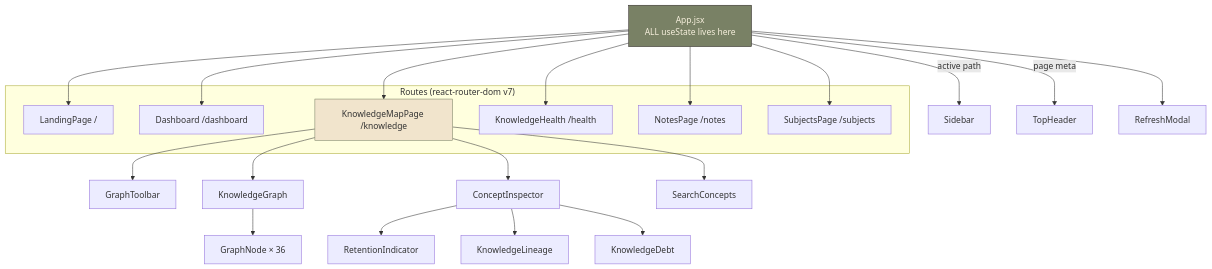
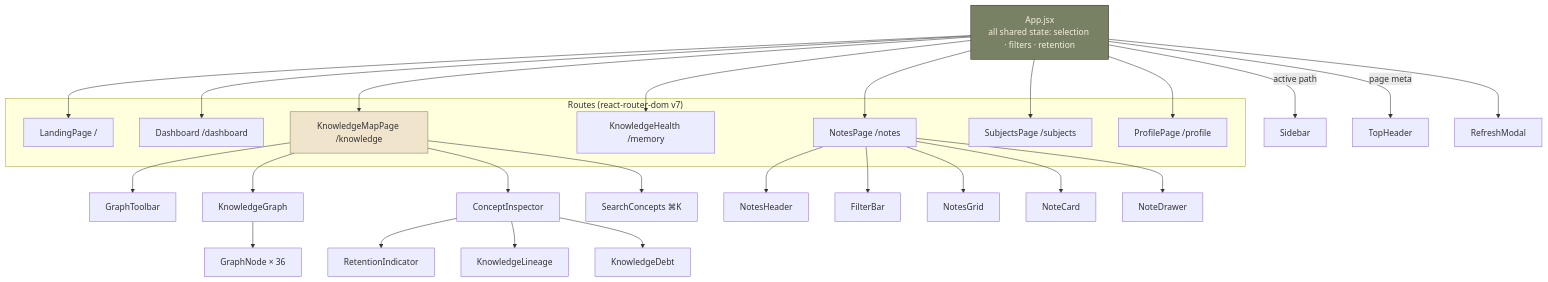
Before and after one commit to gilldilshaan/Retain360: the second of 3 diagrams in README.md, drawn with Mermaid. The commit also changed other lines of this file, not shown here.

Commit message:
Refresh README: notes library, graph interaction, per-page CSS, viva Q&A

````diff
--- a/README.md
+++ b/README.md
@@ -142,31 +147,33 @@
 ```mermaid
 graph TD
-    APP["App.jsx<br/>ALL useState lives here"]
+    APP["App.jsx<br/>all shared state: selection · filters · retention"]
 
     APP -->|"active path"| SB["Sidebar"]
     APP -->|"page meta"| TH["TopHeader"]
 
     subgraph pages ["Routes (react-router-dom v7)"]
       L["LandingPage /"]
       D["Dashboard /dashboard"]
       M["KnowledgeMapPage /knowledge"]
-      H["KnowledgeHealth /health"]
+      H["KnowledgeHealth /memory"]
       N["NotesPage /notes"]
       S["SubjectsPage /subjects"]
+      P["ProfilePage /profile"]
     end
 
-    APP --> L & D & M & H & N & S
+    APP --> L & D & M & H & N & S & P
 
     M --> GT["GraphToolbar"]
     M --> KG["KnowledgeGraph"]
     KG --> GN["GraphNode × 36"]
     M --> CI["ConceptInspector"]
     CI --> RI["RetentionIndicator"]
     CI --> KL["KnowledgeLineage"]
     CI --> KD["KnowledgeDebt"]
-    M --> SC["SearchConcepts"]
+    M --> SC["SearchConcepts ⌘K"]
+    N --> NH["NotesHeader"] & FB["FilterBar"] & NG["NotesGrid"] & NC["NoteCard"] & ND["NoteDrawer"]
     APP --> RM["RefreshModal"]
 
     style APP fill:#798165,color:#F6EFDC,stroke:#2C2725
     style M fill:#F1E4CC,stroke:#798165
 ```
````
